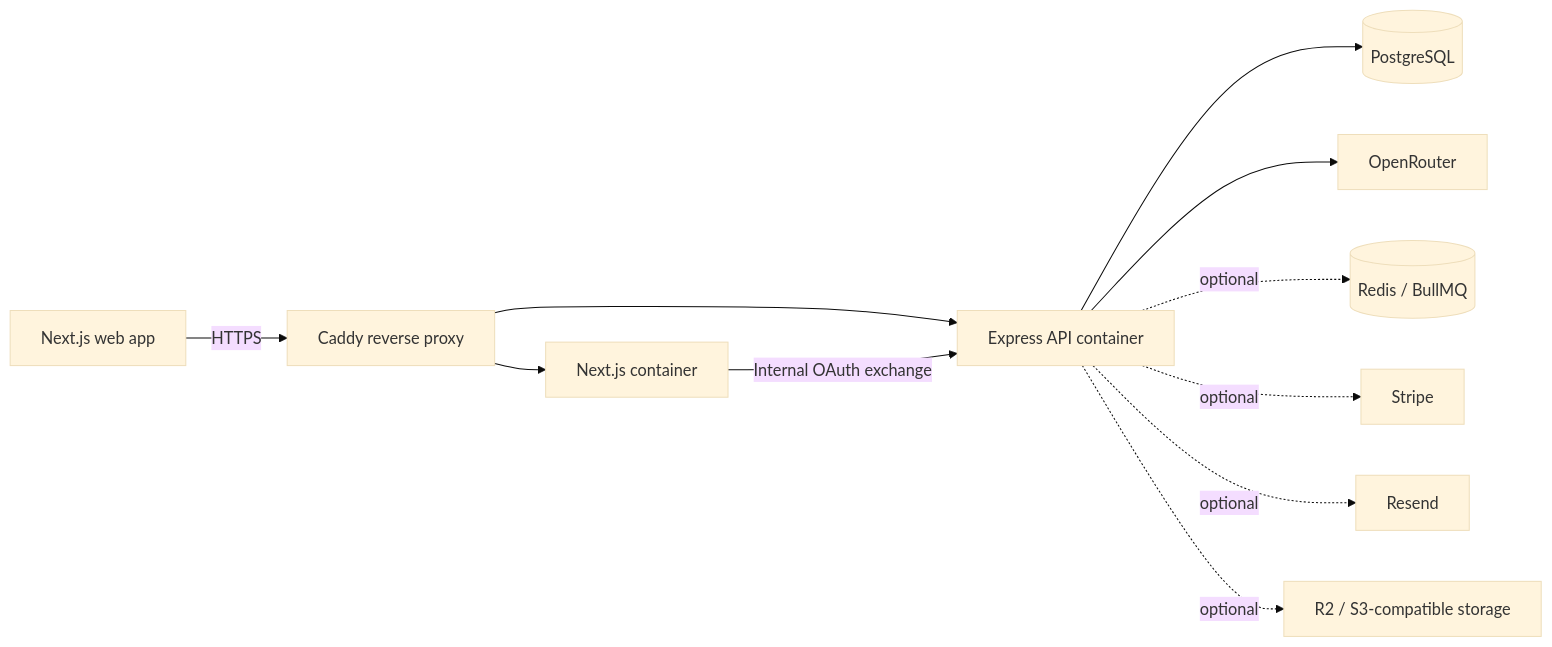
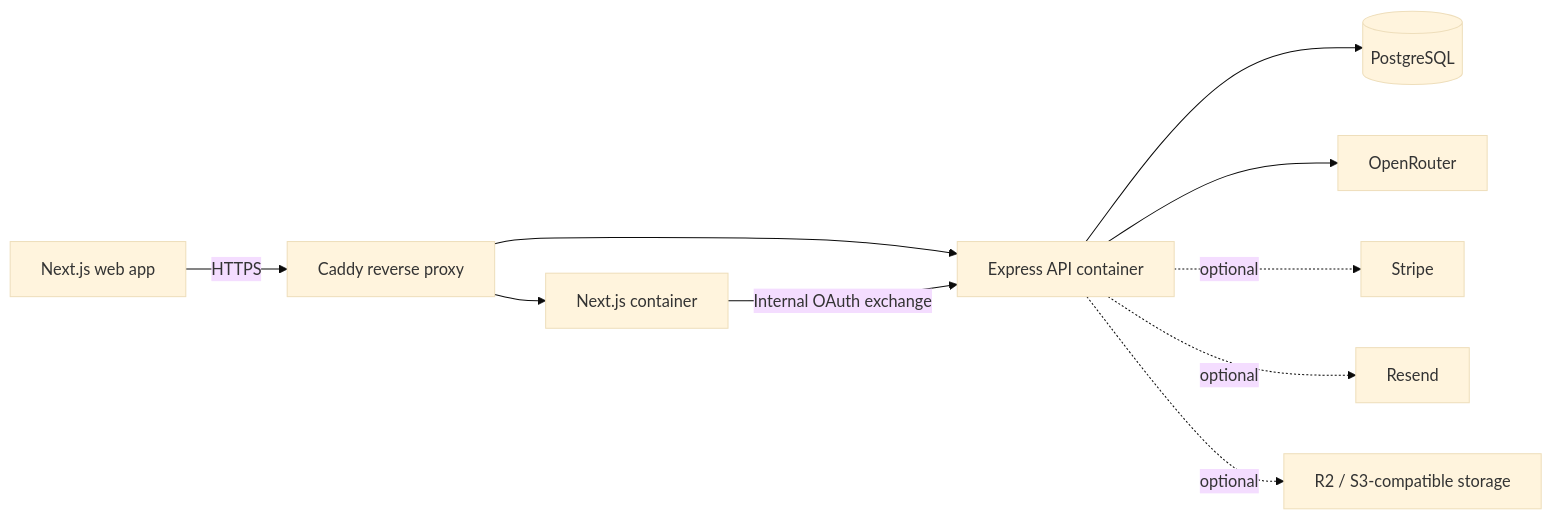
Before and after one commit to atikulmunna/common-ground-faceoff: the diagram in README.md, drawn with Mermaid (base theme). The commit also changed other lines of this file and 19 other files, not shown here.

````diff
--- a/README.md
+++ b/README.md
@@ -66,13 +66,12 @@
 ```mermaid
 flowchart LR
     Browser[Next.js web app] -->|HTTPS| Caddy[Caddy reverse proxy]
     Caddy --> Web[Next.js container]
     Caddy --> API[Express API container]
     Web -->|Internal OAuth exchange| API
     API --> DB[(PostgreSQL)]
     API --> LLM[OpenRouter]
-    API -. optional .-> Redis[(Redis / BullMQ)]
     API -. optional .-> Stripe[Stripe]
     API -. optional .-> Email[Resend]
     API -. optional .-> Storage[R2 / S3-compatible storage]
 ```
````
